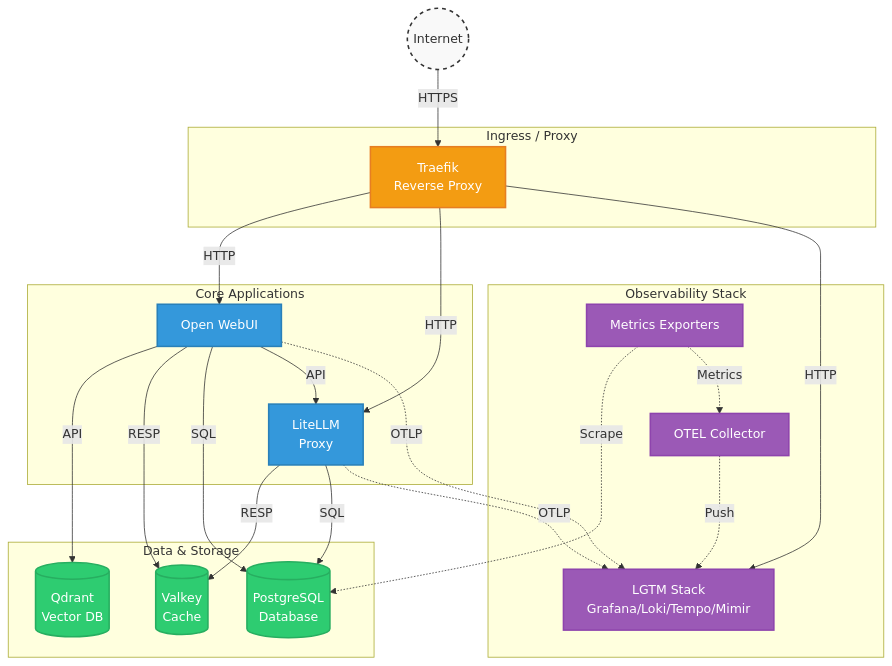
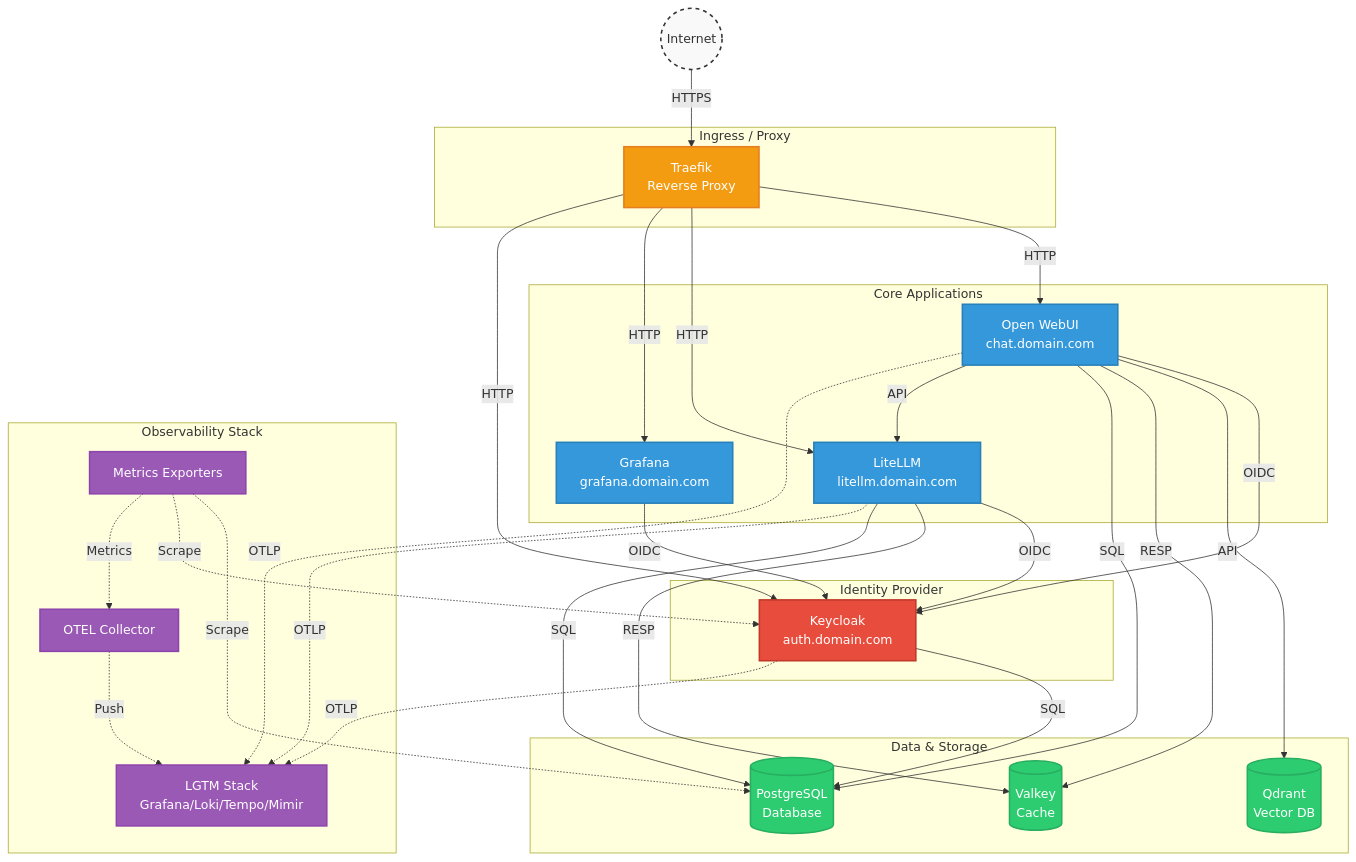
The diagram in README.md (krousenick/openwebui-stack), drawn with Mermaid before and after one commit. The commit also changed other lines of this file and 3 other files, not shown here.

````diff
--- a/README.md
+++ b/README.md
@@ -7,56 +7,72 @@
 ```mermaid
 graph TB
     classDef internet fill:#f9f9f9,stroke:#333,stroke-width:2px,color:#333,stroke-dasharray: 5 5;
     classDef proxy fill:#f39c12,stroke:#e67e22,stroke-width:2px,color:#fff;
     classDef app fill:#3498db,stroke:#2980b9,stroke-width:2px,color:#fff;
     classDef db fill:#2ecc71,stroke:#27ae60,stroke-width:2px,color:#fff;
+    classDef auth fill:#e74c3c,stroke:#c0392b,stroke-width:2px,color:#fff;
     classDef obs fill:#9b59b6,stroke:#8e44ad,stroke-width:2px,color:#fff;
 
     Internet((Internet)):::internet
 
     subgraph Ingress [Ingress / Proxy]
         Traefik[Traefik<br/>Reverse Proxy]:::proxy
     end
 
     subgraph Core [Core Applications]
-        OpenWebUI[Open WebUI]:::app
-        LiteLLM[LiteLLM<br/>Proxy]:::app
+        OpenWebUI[Open WebUI<br/>chat.domain.com]:::app
+        LiteLLM[LiteLLM<br/>litellm.domain.com]:::app
+        Grafana[Grafana<br/>grafana.domain.com]:::app
+    end
+
+    subgraph Auth [Identity Provider]
+        Keycloak[Keycloak<br/>auth.domain.com]:::auth
     end
 
     subgraph Data [Data & Storage]
         Qdrant[(Qdrant<br/>Vector DB)]:::db
         Valkey[(Valkey<br/>Cache)]:::db
         PostgreSQL[(PostgreSQL<br/>Database)]:::db
     end
 
     subgraph Observability [Observability Stack]
         LGTM[LGTM Stack<br/>Grafana/Loki/Tempo/Mimir]:::obs
         OTEL[OTEL Collector]:::obs
         Exporters[Metrics Exporters]:::obs
     end
     
     %% Traffic flow
     Internet -->|HTTPS| Traefik
     
     Traefik -->|HTTP| OpenWebUI
     Traefik -->|HTTP| LiteLLM
-    Traefik -->|HTTP| LGTM
+    Traefik -->|HTTP| Grafana
+    Traefik -->|HTTP| Keycloak
+    
+    %% SSO flow
+    OpenWebUI -->|OIDC| Keycloak
+    LiteLLM -->|OIDC| Keycloak
+    Grafana -->|OIDC| Keycloak
     
     OpenWebUI -->|API| Qdrant
     OpenWebUI -->|RESP| Valkey
     OpenWebUI -->|SQL| PostgreSQL
 
     OpenWebUI -->|API| LiteLLM
     
     LiteLLM -->|RESP| Valkey
     LiteLLM -->|SQL| PostgreSQL
     
+    Keycloak -->|SQL| PostgreSQL
+    
     %% Exporters querying targets
     Exporters -.->|Scrape| PostgreSQL
+    Exporters -.->|Scrape| Keycloak
     
     %% Telemetry flow (dashed)
     LiteLLM -.->|OTLP| LGTM
     OpenWebUI -.->|OTLP| LGTM
+    Keycloak -.->|OTLP| LGTM
     Exporters -.->|Metrics| OTEL
     OTEL -.->|Push| LGTM
 ```
````
